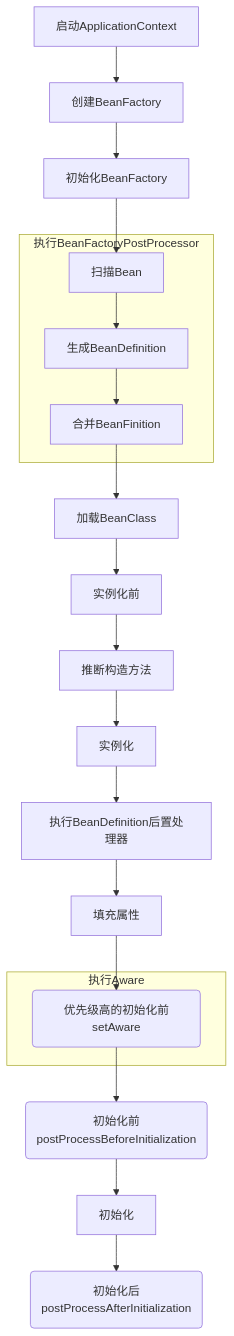
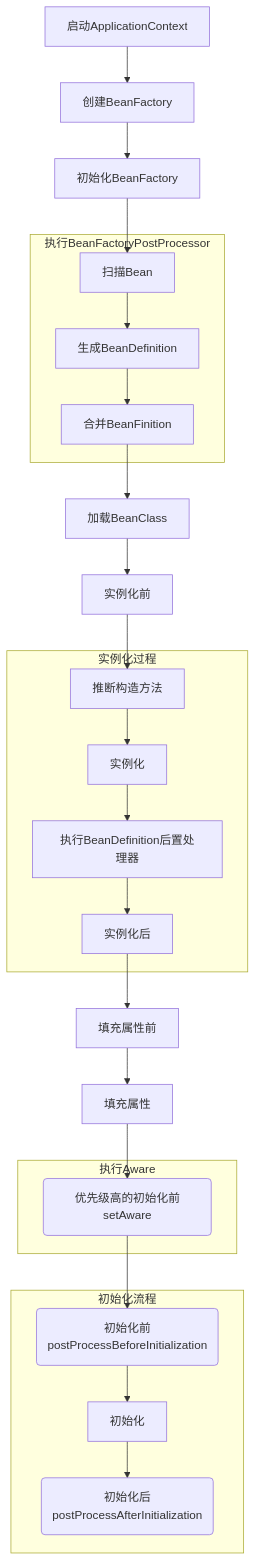
Before and after one commit to tanranowner/docs: the diagram in springframework/springframework.md, drawn with Mermaid. The commit also changed other lines of this file, not shown here.

````diff
--- a/springframework/springframework.md
+++ b/springframework/springframework.md
@@ -303,13 +303,19 @@
 ```mermaid
 graph TB
 启动ApplicationContext-->创建BeanFactory-->初始化BeanFactory-->扫描Bean
 subgraph 执行BeanFactoryPostProcessor
 扫描Bean-->生成BeanDefinition-->合并BeanFinition
 end
-合并BeanFinition-->加载BeanClass-->实例化前-->推断构造方法-->实例化-->执行BeanDefinition后置处理器-->填充属性-->setAware
+合并BeanFinition-->加载BeanClass-->实例化前-->推断构造方法
+subgraph 实例化过程
+推断构造方法-->实例化-->执行BeanDefinition后置处理器-->实例化后
+end
+实例化后-->填充属性前-->填充属性-->setAware
 subgraph 执行Aware
 setAware(优先级高的初始化前setAware)
 end
-setAware-->初始化前(初始化前postProcessBeforeInitialization)-->初始化-->初始化后(初始化后postProcessAfterInitialization)
-
+setAware-->初始化前(初始化前postProcessBeforeInitialization)
+subgraph 初始化流程
+初始化前(初始化前postProcessBeforeInitialization)-->初始化-->初始化后(初始化后postProcessAfterInitialization)
+end
 ```
````
